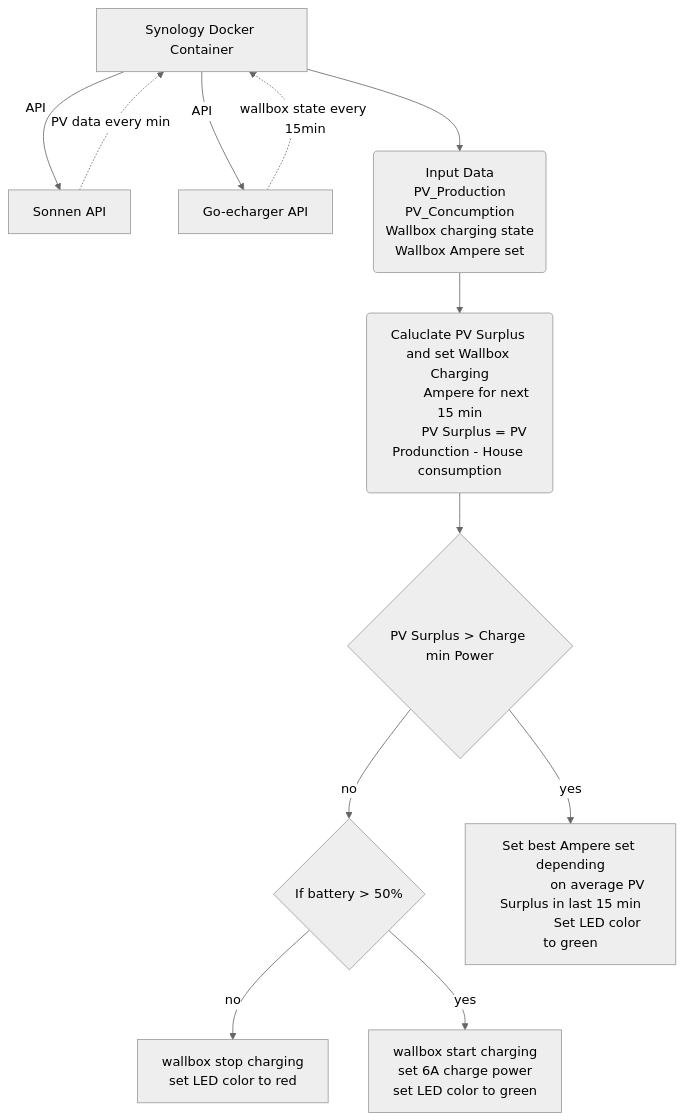
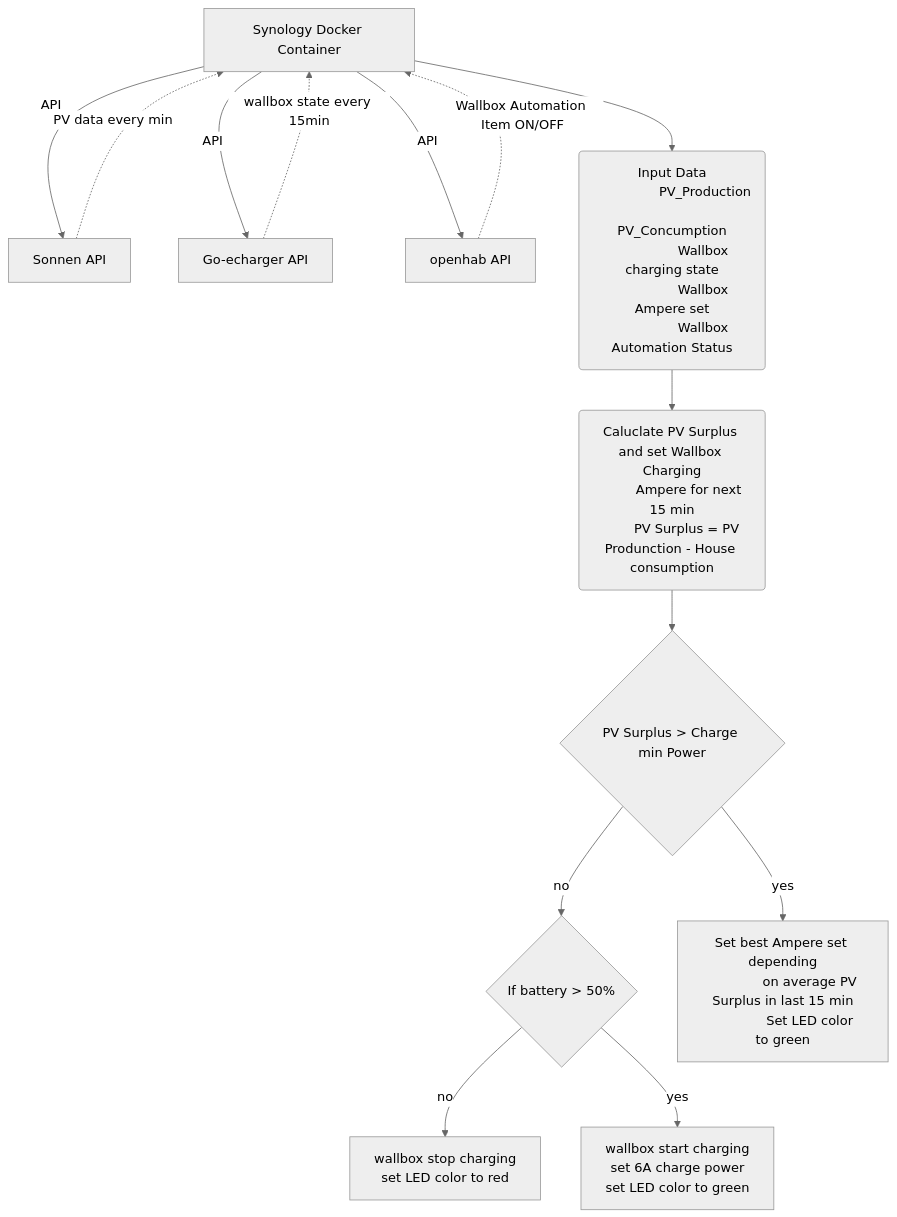
One commit to schwabenschulle/pvcharger changed the diagram in README.md. Above: the diagram before and after it, drawn with Mermaid (neutral theme).

````diff
--- a/README.md
+++ b/README.md
@@ -22,26 +22,29 @@
 ```mermaid
 graph TD
 A[Synology Docker Container] -->|API| B[Sonnen API]
 B[Sonnen API] -.->|PV data every min| A[Synology Docker Container]
 A[Synology Docker Container] -->|API| C[Go-echarger API]
 C[Go-echarger API] -.->|wallbox state every 15min| A[Synology Docker Container]
+A[Synology Docker Container] -->|API| K[openhab API]
+K[openhab API] -.->|Wallbox Automation Item ON/OFF| A[Synology Docker Container]
 A[Synology Docker Container] -->D("Input Data
                 PV_Production
                 PV_Concumption
                 Wallbox charging state
-                Wallbox Ampere set")
+                Wallbox Ampere set
+                Wallbox Automation Status")
 D --> E("Caluclate PV Surplus and set Wallbox Charging
          Ampere for next 15 min
         PV Surplus = PV Produnction - House consumption")
 E --> F{"PV Surplus > Charge min Power"}
 F -->|no| G{"If battery > 50%"}
 G --> |no| H["wallbox stop charging
              set LED color to red"]
 G -->|yes| I["wallbox start charging
               set 6A charge power
               set LED color to green"]
 F -->|yes| J["Set best Ampere set depending
               on average PV Surplus in last 15 min
               Set LED color to green"]
 
 ```
````
